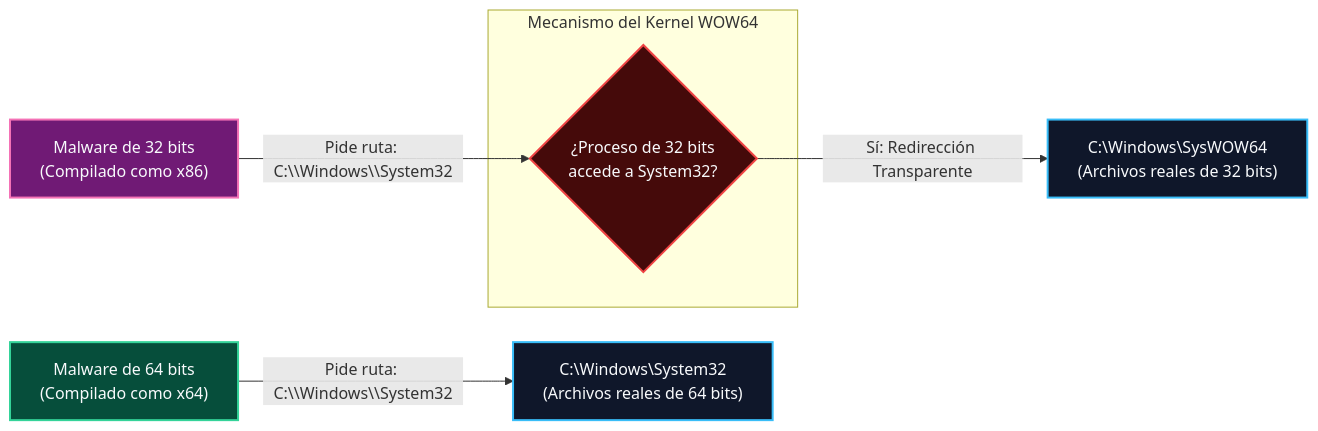
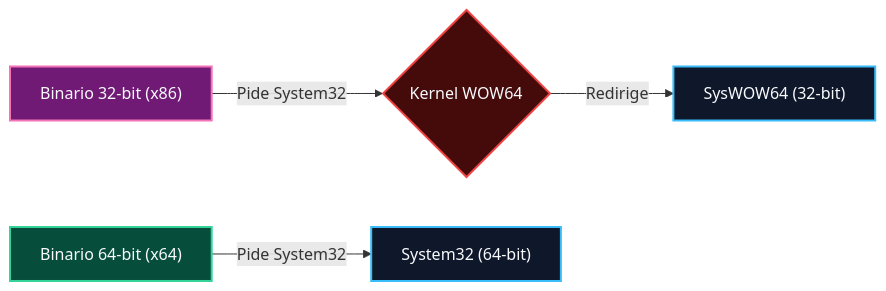
The fifth of 7 diagrams in malware-analysis/01-arquitectura-windows-directorios-y-permisos/README.md (purpesec/Cybersecurity-For-Beginners), drawn with Mermaid before and after one commit. The commit also changed other lines of this file and 2 other files, not shown here.

Commit message:
style: redisear diagramas con pocos nodos y fuentes grandes para evitar compresion

````diff
--- a/malware-analysis/01-arquitectura-windows-directorios-y-permisos/README.md
+++ b/malware-analysis/01-arquitectura-windows-directorios-y-permisos/README.md
@@ -182,21 +171,11 @@
 ```mermaid
 flowchart LR
     classDef p32 fill:#701a75,stroke:#f472b6,stroke-width:2px,color:#f8fafc;
     classDef p64 fill:#064e3b,stroke:#34d399,stroke-width:2px,color:#f8fafc;
     classDef red fill:#450a0a,stroke:#ef4444,stroke-width:2px,color:#f8fafc;
     classDef dir fill:#0f172a,stroke:#38bdf8,stroke-width:2px,color:#f8fafc;
 
-    M32["Malware de 32 bits\n(Compilado como x86)"]:::p32
-    M64["Malware de 64 bits\n(Compilado como x64)"]:::p64
-
-    subgraph REDIR["Mecanismo del Kernel WOW64"]
-        FS_REDIR{"¿Proceso de 32 bits\naccede a System32?"}:::red
-    end
-
-    DIR_SYS32["C:\Windows\System32\n(Archivos reales de 64 bits)"]:::dir
-    DIR_SYSWOW["C:\Windows\SysWOW64\n(Archivos reales de 32 bits)"]:::dir
-
-    M32 -->|"Pide ruta: C:\\Windows\\System32"| FS_REDIR
-    FS_REDIR -- "Sí: Redirección Transparente" --> DIR_SYSWOW
-    M64 -->|"Pide ruta: C:\\Windows\\System32"| DIR_SYS32
+    M32["Binario 32-bit (x86)"]:::p32 -->|"Pide System32"| WOW{"Kernel WOW64"}:::red
+    WOW -->|Redirige| SW["SysWOW64 (32-bit)"]:::dir
+    M64["Binario 64-bit (x64)"]:::p64 -->|"Pide System32"| S32["System32 (64-bit)"]:::dir
 ```
````
